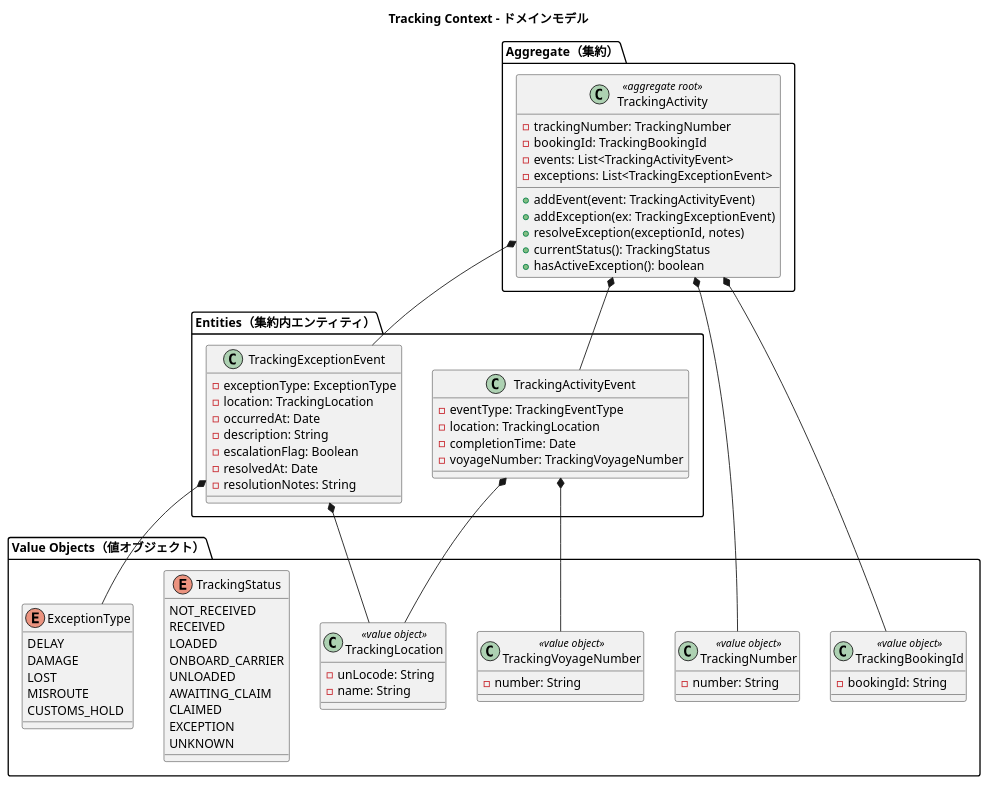
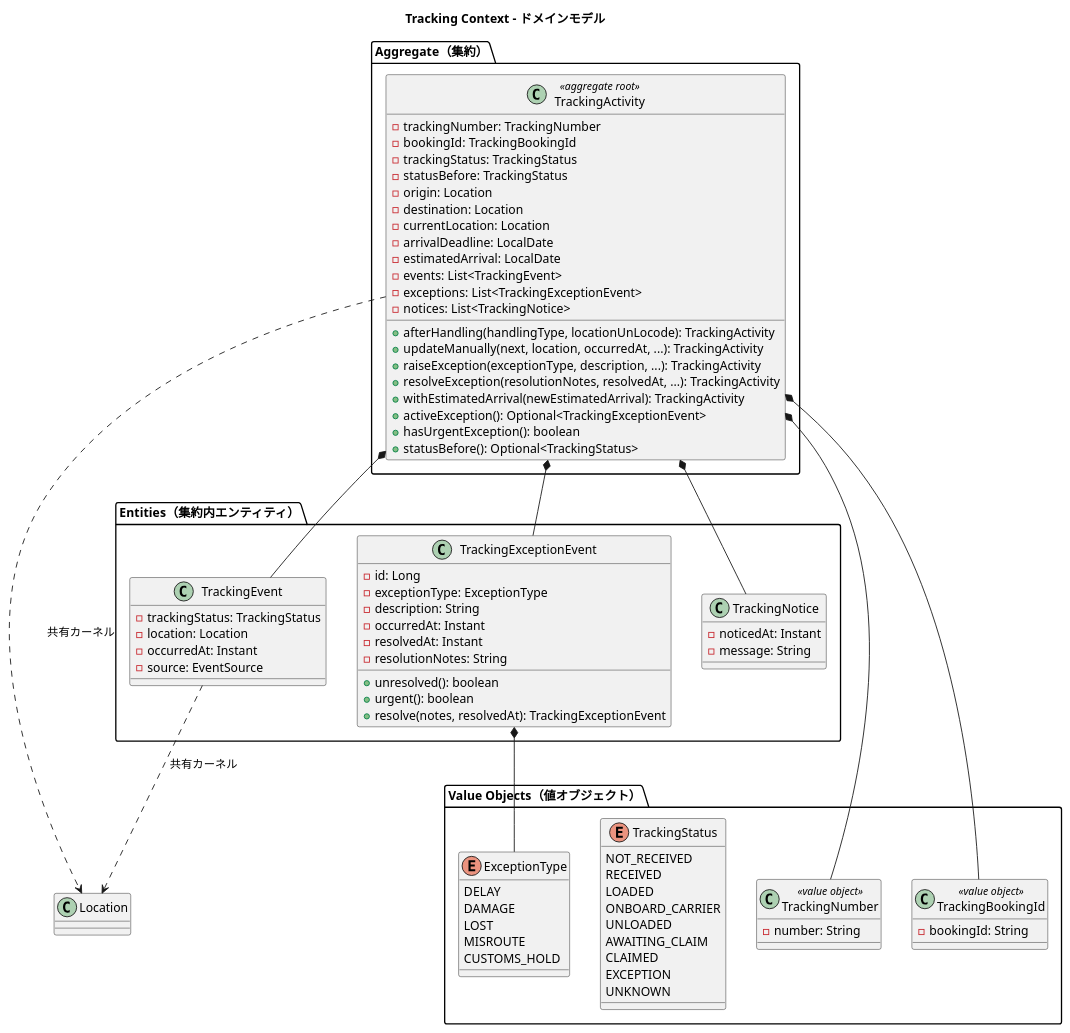
One commit to k2works/case-study-cargo-tracker changed the sixth of 10 diagrams in docs/design/domain-model.md. Above: the diagram before and after it, drawn with PlantUML. The commit also changed other lines of this file and 3 other files, not shown here.

````diff
--- a/docs/design/domain-model.md
+++ b/docs/design/domain-model.md
@@ -882,31 +882,48 @@
   class TrackingActivity <<aggregate root>> {
     -trackingNumber: TrackingNumber
     -bookingId: TrackingBookingId
-    -events: List<TrackingActivityEvent>
+    -trackingStatus: TrackingStatus
+    -statusBefore: TrackingStatus
+    -origin: Location
+    -destination: Location
+    -currentLocation: Location
+    -arrivalDeadline: LocalDate
+    -estimatedArrival: LocalDate
+    -events: List<TrackingEvent>
     -exceptions: List<TrackingExceptionEvent>
-    +addEvent(event: TrackingActivityEvent)
-    +addException(ex: TrackingExceptionEvent)
-    +resolveException(exceptionId, notes)
-    +currentStatus(): TrackingStatus
-    +hasActiveException(): boolean
+    -notices: List<TrackingNotice>
+    +afterHandling(handlingType, locationUnLocode): TrackingActivity
+    +updateManually(next, location, occurredAt, ...): TrackingActivity
+    +raiseException(exceptionType, description, ...): TrackingActivity
+    +resolveException(resolutionNotes, resolvedAt, ...): TrackingActivity
+    +withEstimatedArrival(newEstimatedArrival): TrackingActivity
+    +activeException(): Optional<TrackingExceptionEvent>
+    +hasUrgentException(): boolean
+    +statusBefore(): Optional<TrackingStatus>
   }
 }
 
 package "Entities（集約内エンティティ）" {
-  class TrackingActivityEvent {
-    -eventType: TrackingEventType
-    -location: TrackingLocation
-    -completionTime: Date
-    -voyageNumber: TrackingVoyageNumber
+  class TrackingEvent {
+    -trackingStatus: TrackingStatus
+    -location: Location
+    -occurredAt: Instant
+    -source: EventSource
   }
   class TrackingExceptionEvent {
+    -id: Long
     -exceptionType: ExceptionType
-    -location: TrackingLocation
-    -occurredAt: Date
     -description: String
-    -escalationFlag: Boolean
-    -resolvedAt: Date
+    -occurredAt: Instant
+    -resolvedAt: Instant
     -resolutionNotes: String
+    +unresolved(): boolean
+    +urgent(): boolean
+    +resolve(notes, resolvedAt): TrackingExceptionEvent
+  }
+  class TrackingNotice {
+    -noticedAt: Instant
+    -message: String
   }
 }
 
@@ -916,13 +933,6 @@
   }
   class TrackingBookingId <<value object>> {
     -bookingId: String
-  }
-  class TrackingLocation <<value object>> {
-    -unLocode: String
-    -name: String
-  }
-  class TrackingVoyageNumber <<value object>> {
-    -number: String
   }
   enum TrackingStatus {
     NOT_RECEIVED
@@ -946,12 +956,12 @@
 
 TrackingActivity *-- TrackingNumber
 TrackingActivity *-- TrackingBookingId
-TrackingActivity *-- TrackingActivityEvent
+TrackingActivity *-- TrackingEvent
 TrackingActivity *-- TrackingExceptionEvent
-TrackingActivityEvent *-- TrackingLocation
-TrackingActivityEvent *-- TrackingVoyageNumber
+TrackingActivity *-- TrackingNotice
+TrackingActivity ..> Location : 共有カーネル
+TrackingEvent ..> Location : 共有カーネル
 TrackingExceptionEvent *-- ExceptionType
-TrackingExceptionEvent *-- TrackingLocation
 
 @enduml
 ```
````
